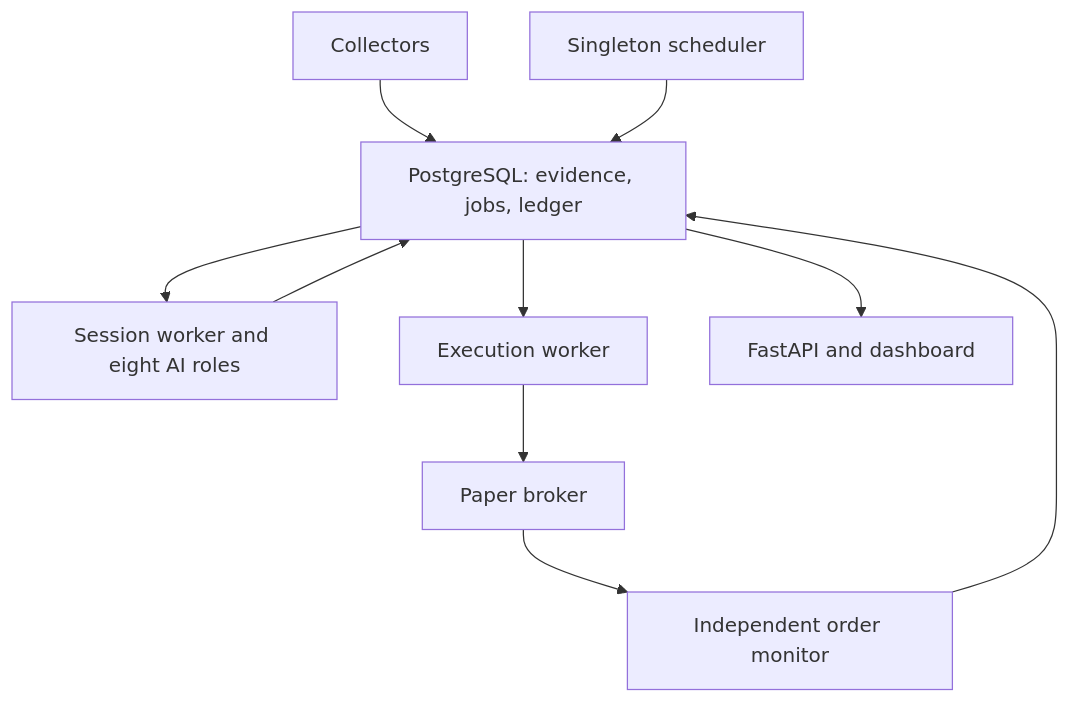
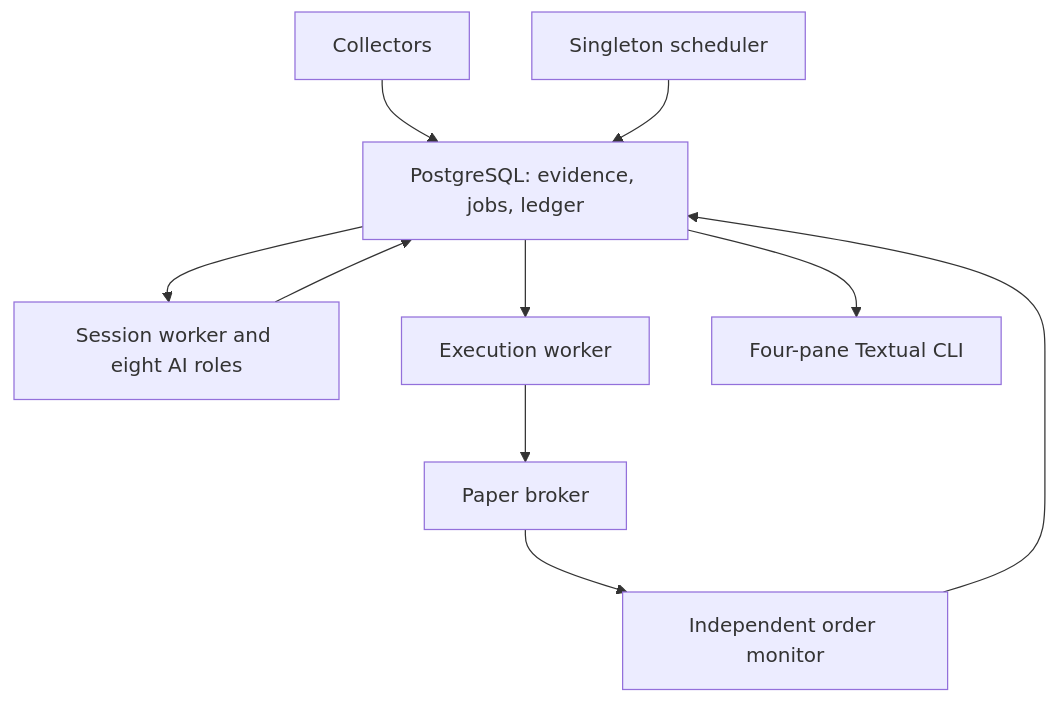
The diagram in docs/deployment-and-costs.md (JKGiova/agentic-trading-workflow), drawn with Mermaid before and after one commit. The commit also changed other lines of this file and 37 other files, not shown here.

Commit message:
feat: add four-pane CLI and tested research-only agent workflow

````diff
--- a/docs/deployment-and-costs.md
+++ b/docs/deployment-and-costs.md
@@ -9,12 +9,12 @@
 ```mermaid
 flowchart TD
     C["Collectors"] --> D["PostgreSQL: evidence, jobs, ledger"]
     S["Singleton scheduler"] --> D
     D --> A["Session worker and eight AI roles"]
     A --> D
     D --> E["Execution worker"]
     E --> B["Paper broker"]
     B --> M["Independent order monitor"]
     M --> D
-    D --> U["FastAPI and dashboard"]
+    D --> U["Four-pane Textual CLI"]
 ```
````
